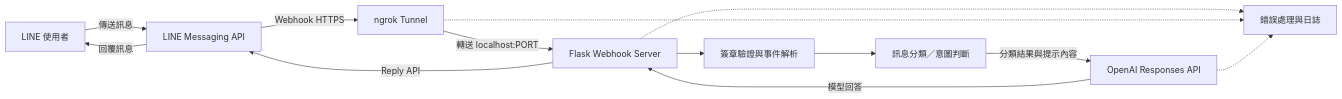
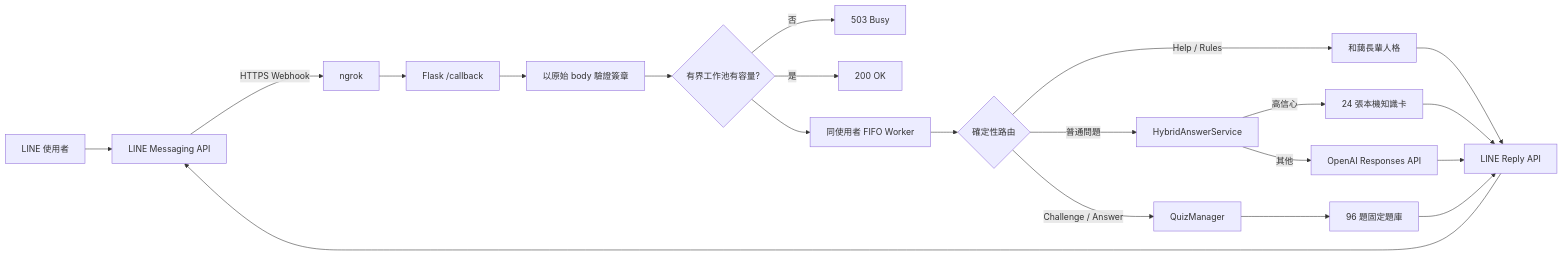
The diagram in docs/architecture.md (Gale0418/SFLINE_BOT), drawn with Mermaid before and after one commit. The commit also changed other lines of this file and 44 other files, not shown here.

````diff
--- a/docs/architecture.md
+++ b/docs/architecture.md
@@ -13,16 +15,23 @@
 ```mermaid
 flowchart LR
-    U[LINE 使用者] -->|傳送訊息| L[LINE Messaging API]
-    L -->|Webhook HTTPS| N[ngrok Tunnel]
-    N -->|轉送 localhost:PORT| F[Flask Webhook Server]
-    F --> V[簽章驗證與事件解析]
-    V --> C[訊息分類／意圖判斷]
-    C -->|分類結果與提示內容| R[OpenAI Responses API]
-    R -->|模型回答| F
-    F -->|Reply API| L
-    L -->|回覆訊息| U
-
-    F -.-> E[錯誤處理與日誌]
-    N -.-> E
-    R -.-> E
+    U[LINE 使用者] --> L[LINE Messaging API]
+    L -->|HTTPS Webhook| N[ngrok]
+    N --> F[Flask /callback]
+    F --> V[以原始 body 驗證簽章]
+    V --> Q{有界工作池有容量?}
+    Q -->|否| R503[503 Busy]
+    Q -->|是| ACK[200 OK]
+    Q --> W[同使用者 FIFO Worker]
+    W --> D{確定性路由}
+    D -->|Help / Rules| P[和藹長輩人格]
+    D -->|Challenge / Answer| Z[QuizManager]
+    D -->|普通問題| H[HybridAnswerService]
+    H -->|高信心| K[24 張本機知識卡]
+    H -->|其他| O[OpenAI Responses API]
+    Z --> B[96 題固定題庫]
+    P --> X[LINE Reply API]
+    K --> X
+    O --> X
+    B --> X
+    X --> L
 ```
````
